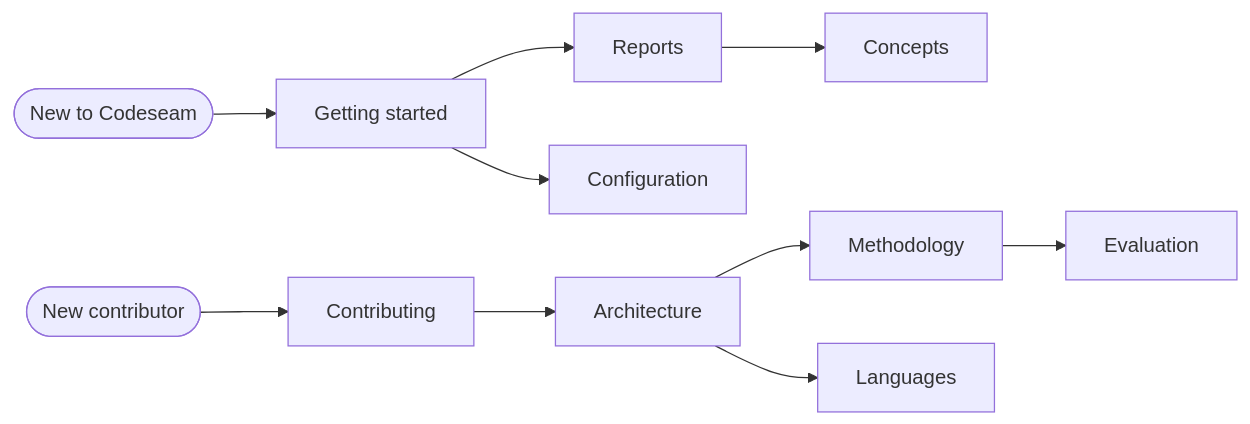
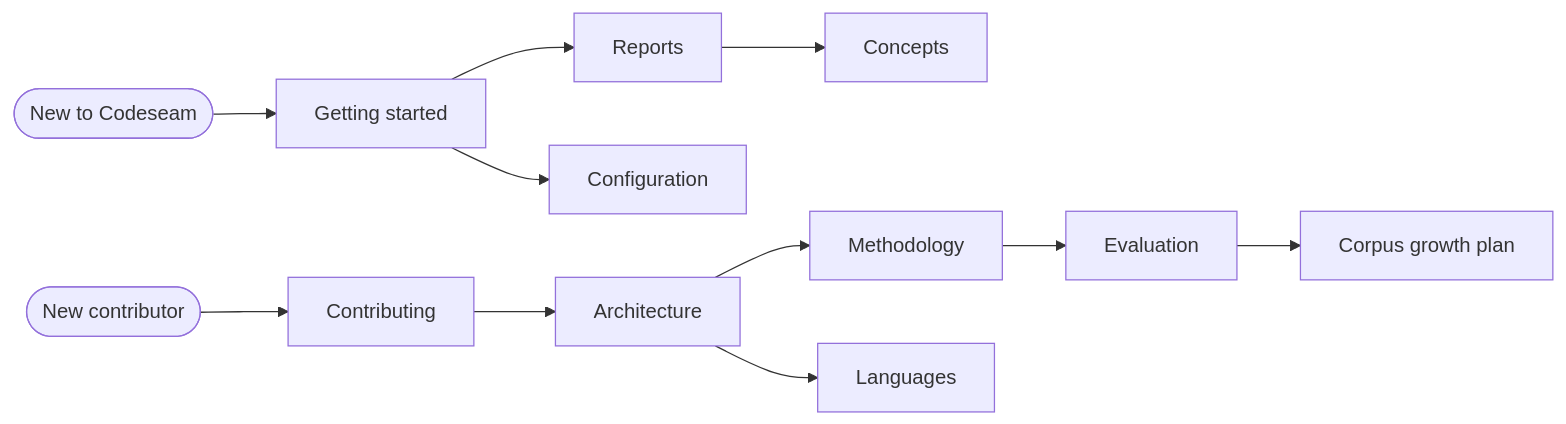
Before and after one commit to zerowarden/codeseam: the diagram in docs/README.md, drawn with Mermaid. The commit also changed other lines of this file and 74 other files, not shown here.

````diff
--- a/docs/README.md
+++ b/docs/README.md
@@ -23,13 +24,14 @@
 ```mermaid
 flowchart LR
     start(["New to Codeseam"]) --> gs["Getting started"]
     gs --> reports["Reports"]
     gs --> config["Configuration"]
     reports --> concepts["Concepts"]
 
     dev(["New contributor"]) --> contrib["Contributing"]
     contrib --> arch["Architecture"]
     arch --> method["Methodology"]
     method --> eval["Evaluation"]
+    eval --> corpus["Corpus growth plan"]
     arch --> langs["Languages"]
 ```
````
